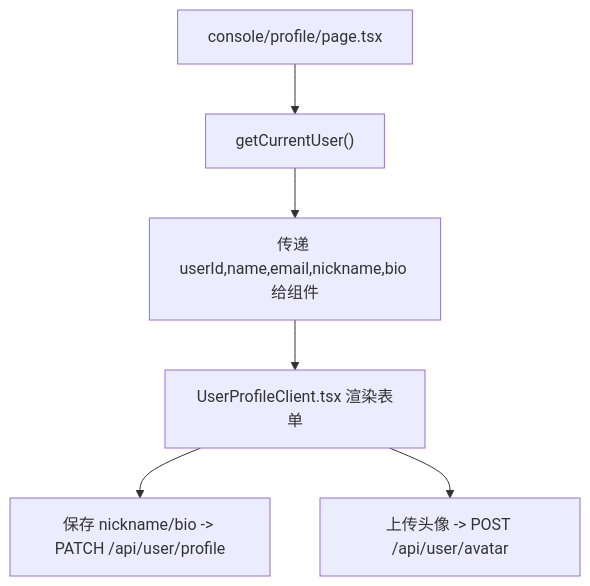
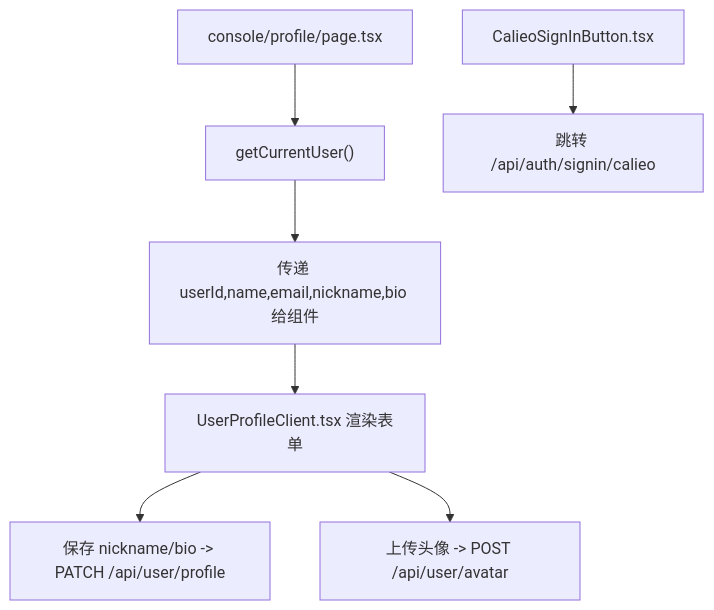
One commit to pnnh/weable changed the ninth of 11 diagrams in .qoder/repowiki/zh/content/架构设计/认证架构设计/用户信息管理.md. Above: the diagram before and after it, drawn with Mermaid. The commit also changed other lines of this file and 187 other files, not shown here.

````diff
--- a/.qoder/repowiki/zh/content/架构设计/认证架构设计/用户信息管理.md
+++ b/.qoder/repowiki/zh/content/架构设计/认证架构设计/用户信息管理.md
@@ -339,8 +414,9 @@
 ```mermaid
 flowchart TD
 P["console/profile/page.tsx"] --> U["getCurrentUser()"]
 U --> V["传递 userId,name,email,nickname,bio 给组件"]
 V --> C["UserProfileClient.tsx 渲染表单"]
 C --> S["保存 nickname/bio -> PATCH /api/user/profile"]
 C --> A["上传头像 -> POST /api/user/avatar"]
+M["CalieoSignInButton.tsx"] --> J["跳转 /api/auth/signin/calieo"]
 ```
````
